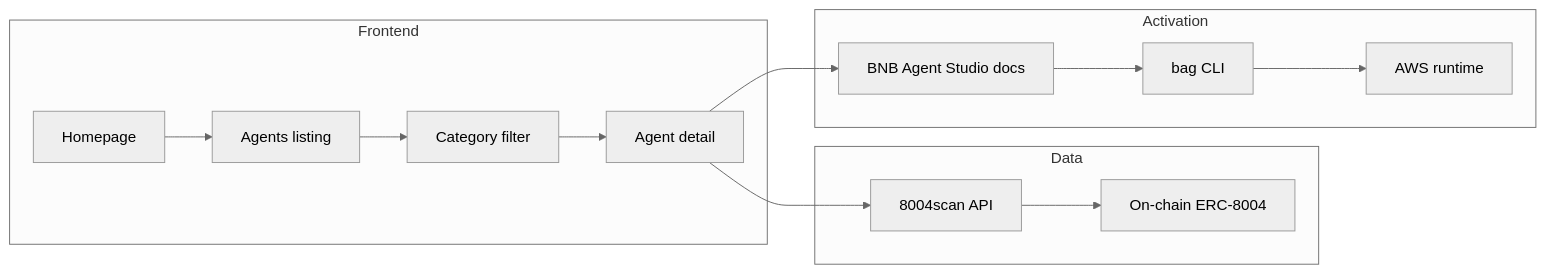
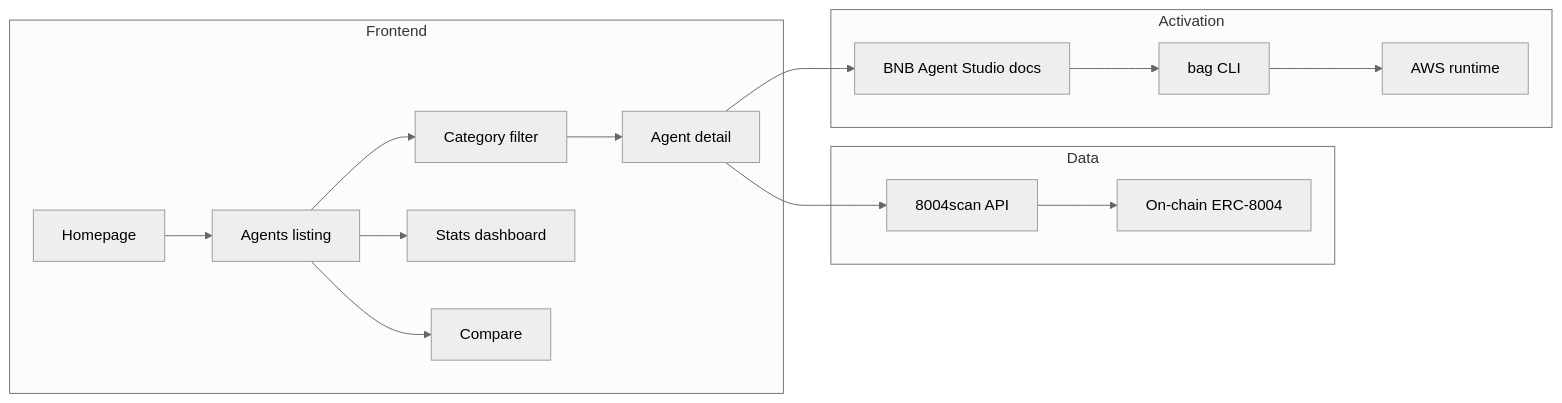
One commit to Baophan00/bnb-agent-marketplace changed the second of 2 diagrams in README.md. Above: the diagram before and after it, drawn with Mermaid (neutral theme). The commit also changed other lines of this file and 255 other files, not shown here.

````diff
--- a/README.md
+++ b/README.md
@@ -38,26 +43,30 @@
 ```mermaid
 graph LR
   subgraph Frontend
     H[Homepage]
     AG[Agents listing]
     CAT[Category filter]
     DET[Agent detail]
+    STATS[Stats dashboard]
+    CMP[Compare]
   end
   subgraph Data
     API[8004scan API]
     TX[On-chain ERC-8004]
   end
   subgraph Activation
     DOCS[BNB Agent Studio docs]
     CLI[bag CLI]
     AWS[AWS runtime]
   end
   H --> AG
   AG --> CAT
   CAT --> DET
   DET --> API
   API --> TX
   DET --> DOCS
   DOCS --> CLI
   CLI --> AWS
+  AG --> STATS
+  AG --> CMP
 ```
````
